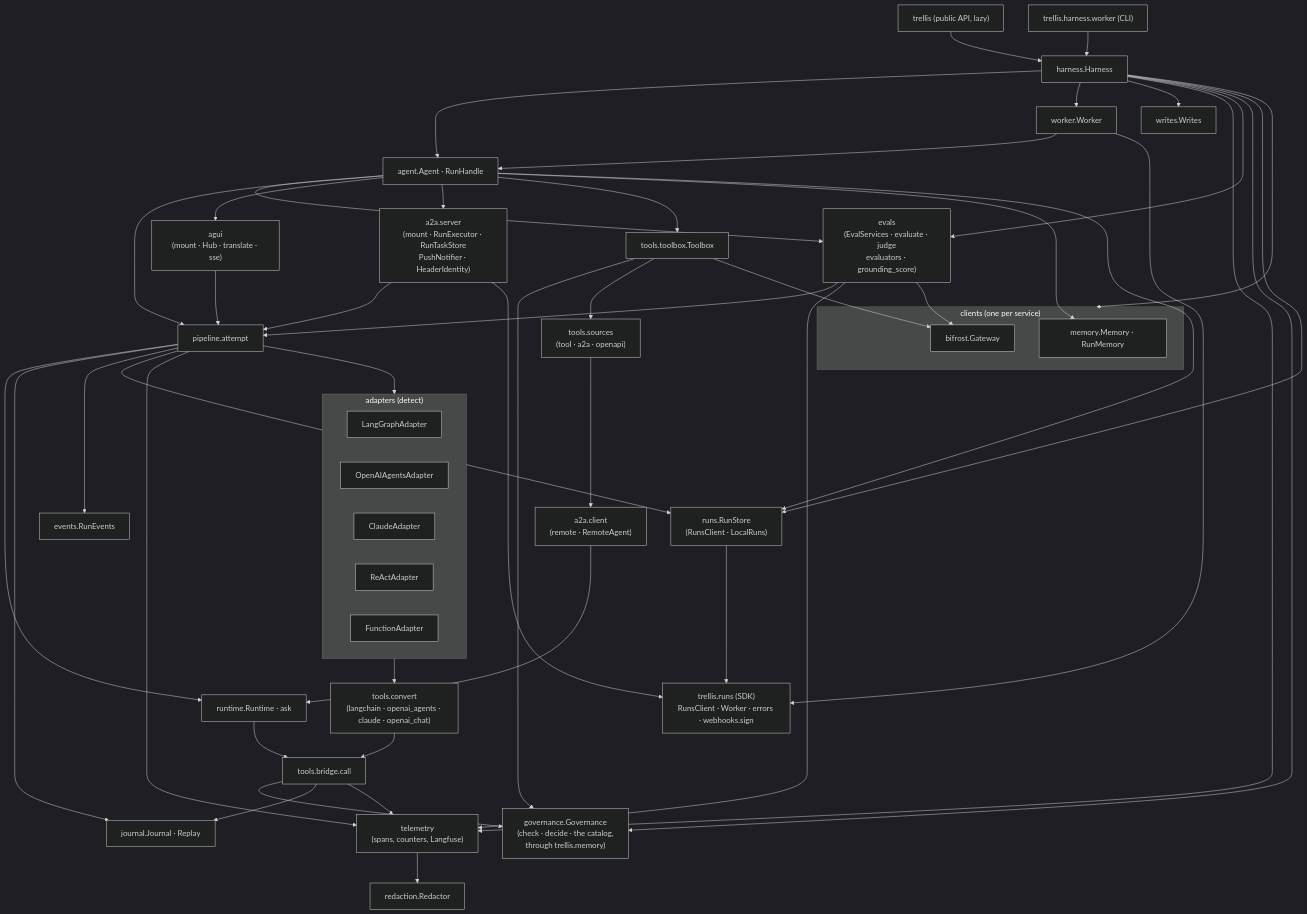
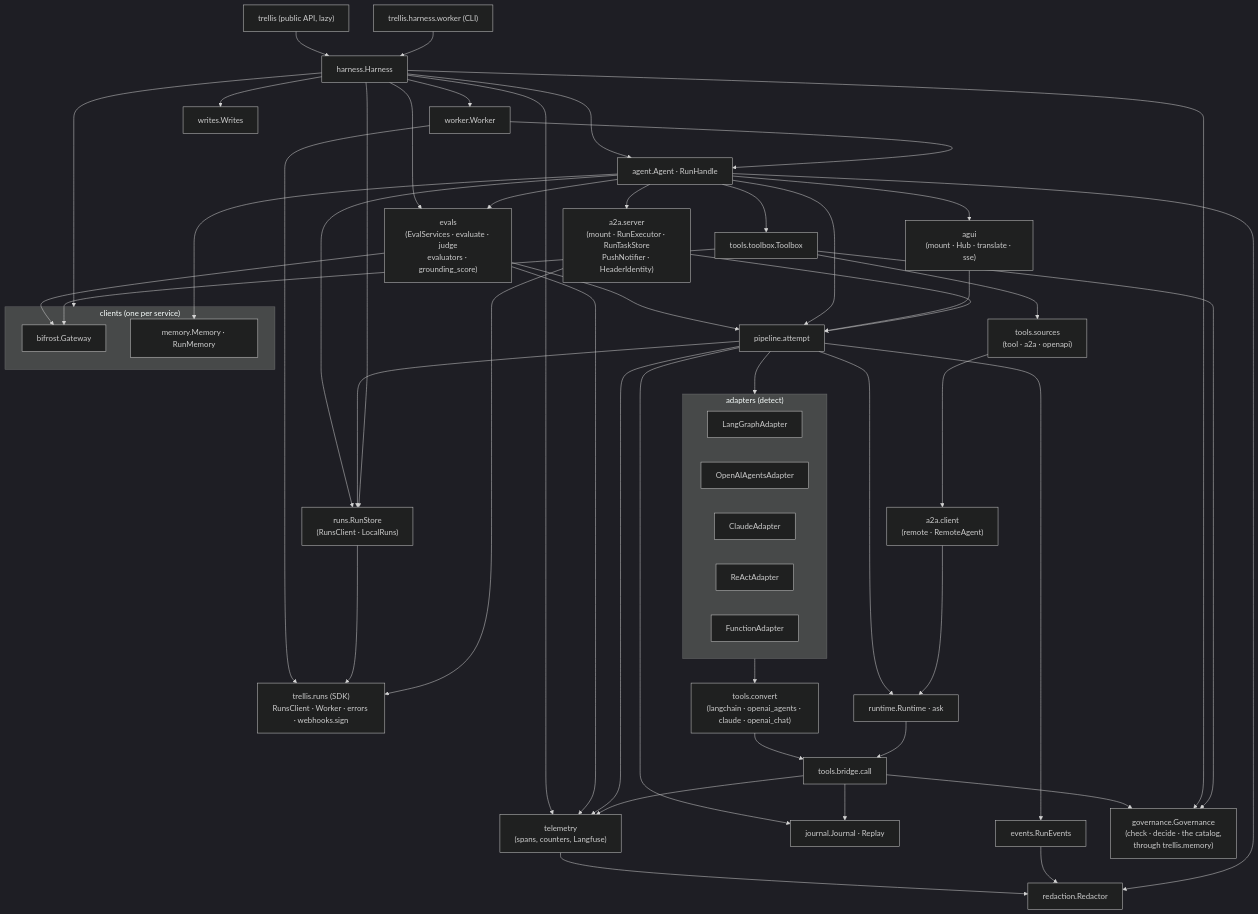
Before and after one commit to amitmohapatra/agent-harness: the third of 11 diagrams in ARCHITECTURE.md, drawn with Mermaid (dark theme). The commit also changed other lines of this file and 28 other files, not shown here.

````diff
--- a/ARCHITECTURE.md
+++ b/ARCHITECTURE.md
@@ -163,60 +163,62 @@
 ```mermaid
 flowchart TB
   api["trellis (public API, lazy)"] --> harness["harness.Harness"]
   cli["trellis.harness.worker (CLI)"] --> harness
   harness --> agent["agent.Agent · RunHandle"]
   harness --> workerm["worker.Worker"]
   harness --> writes["writes.Writes"]
   harness --> telemetry["telemetry<br/>(spans, counters, Langfuse)"]
   harness --> evals["evals<br/>(EvalServices · evaluate · judge<br/>evaluators · grounding_score)"]
   agent --> evals
   evals --> pipeline
   evals --> telemetry
   evals --> bifrost
   workerm --> agent
   workerm --> sdk
   agent --> pipeline["pipeline.attempt"]
   agent --> agui["agui<br/>(mount · Hub · translate · sse)"]
   agent --> a2aserver["a2a.server<br/>(mount · RunExecutor · RunTaskStore<br/>PushNotifier · HeaderIdentity)"]
   agui --> pipeline
   a2aserver --> pipeline
   pipeline --> runtime["runtime.Runtime · ask"]
   pipeline --> journal["journal.Journal · Replay"]
   pipeline --> events["events.RunEvents"]
   pipeline --> adapters
   subgraph adapters["adapters (detect)"]
     langgraph["LangGraphAdapter"]
     openai["OpenAIAgentsAdapter"]
     claude["ClaudeAdapter"]
     react["ReActAdapter"]
     function["FunctionAdapter"]
   end
   adapters --> convert["tools.convert<br/>(langchain · openai_agents · claude · openai_chat)"]
   convert --> bridge["tools.bridge.call"]
   runtime --> bridge
   bridge --> governance["governance.Governance<br/>(check · decide · the catalog,<br/>through trellis.memory)"]
   bridge --> journal
   harness --> governance
   agent --> toolbox["tools.toolbox.Toolbox"]
   toolbox --> governance
   toolbox --> sources["tools.sources<br/>(tool · a2a · openapi)"]
   sources --> a2aclient["a2a.client<br/>(remote · RemoteAgent)"]
   a2aclient --> runtime
   subgraph clients["clients (one per service)"]
     bifrost["bifrost.Gateway"]
     memory["memory.Memory · RunMemory"]
   end
   runs["runs.RunStore<br/>(RunsClient · LocalRuns)"]
   sdk["trellis.runs (SDK)<br/>RunsClient · Worker · errors · webhooks.sign"]
   toolbox --> bifrost
   agent --> memory
   agent --> runs
   pipeline --> runs
   harness --> clients
   harness --> runs
   runs --> sdk
   a2aserver --> sdk
   telemetry --> redaction["redaction.Redactor"]
+  events --> redaction
+  agent --> redaction
   pipeline --> telemetry
   bridge --> telemetry
 ```
````
